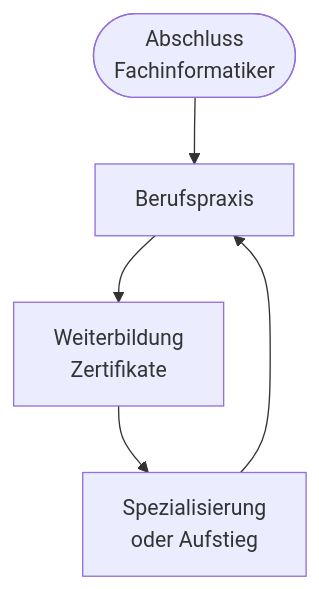
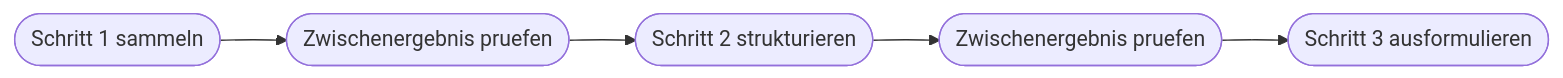
Before and after one commit to Qualidy/KI-Engineering-KI-Agenten-und-Workflow-Automatisierung: the diagram in docs/content/kapitel10.md, drawn with Mermaid. The commit also changed other lines of this file and 297 other files, not shown here.

````diff
--- a/docs/content/kapitel10.md
+++ b/docs/content/kapitel10.md
@@ -45,7 +29,7 @@
 ```mermaid
-flowchart TD
-    A([Abschluss\nFachinformatiker]) --> B[Berufspraxis]
-    B --> C[Weiterbildung\nZertifikate]
-    C --> D[Spezialisierung\noder Aufstieg]
-    D --> B
+flowchart LR
+    A([Schritt 1 sammeln]) --> B([Zwischenergebnis pruefen])
+    B --> C([Schritt 2 strukturieren])
+    C --> D([Zwischenergebnis pruefen])
+    D --> E([Schritt 3 ausformulieren])
 ```
````
